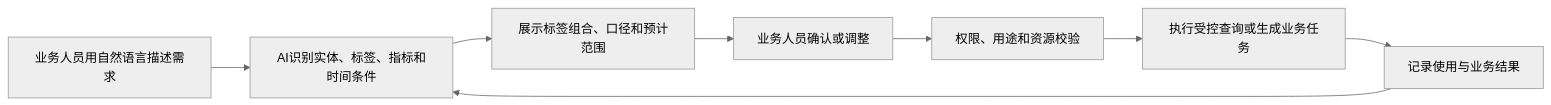
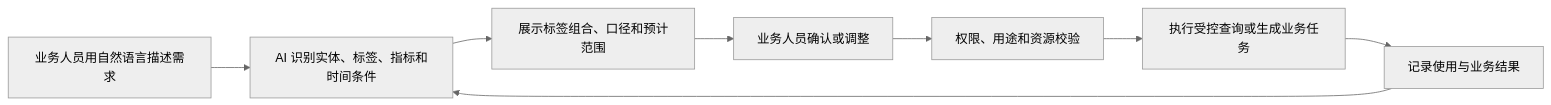
Before and after one commit to pampa0629/addp: the second of 2 diagrams in docs/books/数据治理100问/03-业务价值与场景篇/025-标签画像的业务价值.md, drawn with Mermaid (neutral theme). The commit also changed other lines of this file and 357 other files, not shown here.

````diff
--- a/docs/books/数据治理100问/03-业务价值与场景篇/025-标签画像的业务价值.md
+++ b/docs/books/数据治理100问/03-业务价值与场景篇/025-标签画像的业务价值.md
@@ -307,10 +307,10 @@
 ```mermaid
 flowchart LR
-    A["业务人员用自然语言描述需求"] --> B["AI识别实体、标签、指标和时间条件"]
+    A["业务人员用自然语言描述需求"] --> B["AI 识别实体、标签、指标和时间条件"]
     B --> C["展示标签组合、口径和预计范围"]
     C --> D["业务人员确认或调整"]
     D --> E["权限、用途和资源校验"]
     E --> F["执行受控查询或生成业务任务"]
     F --> G["记录使用与业务结果"]
     G --> B
 ```
````
